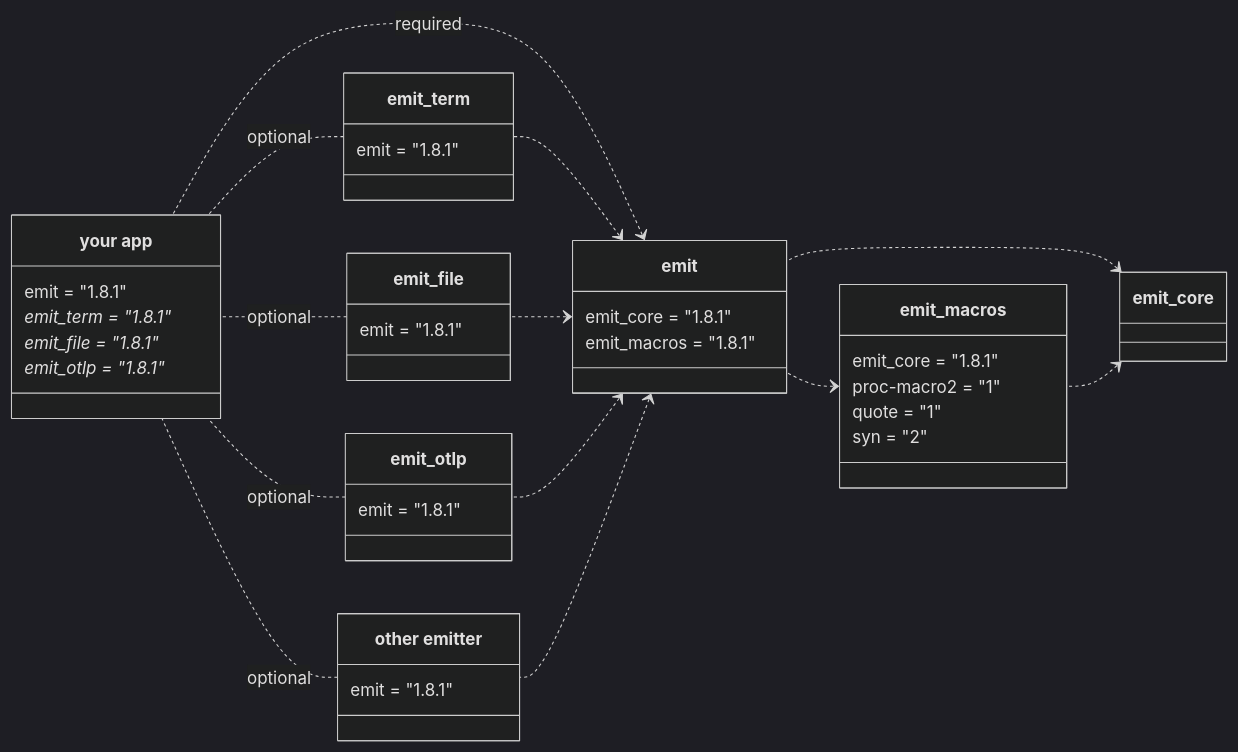
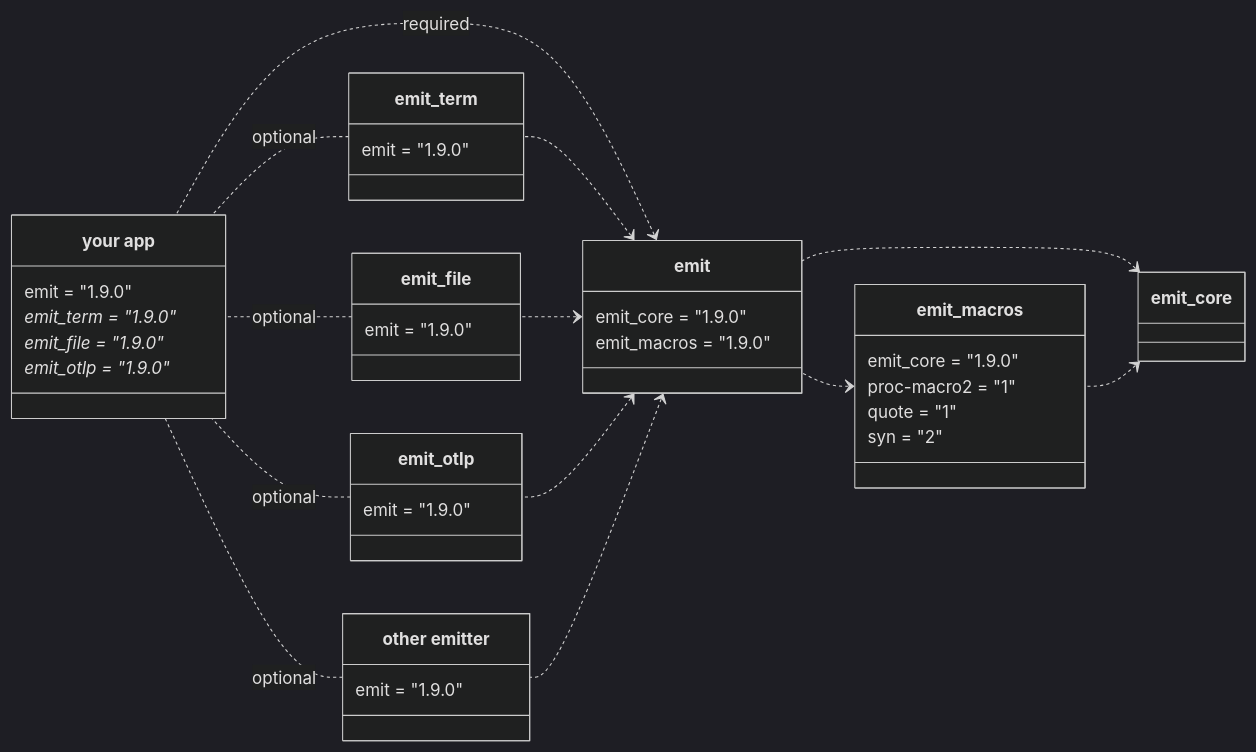
Before and after one commit to emit-rs/emit: the first of 5 diagrams in book/src/reference/architecture.md, drawn with Mermaid (dark theme). The commit also changed other lines of this file and 62 other files, not shown here.

````diff
--- a/book/src/reference/architecture.md
+++ b/book/src/reference/architecture.md
@@ -9,62 +9,62 @@
 ```mermaid
 classDiagram
     direction RL
     
     emit_core <.. emit_macros
     emit_core <.. emit
     emit_macros <.. emit
 
     class emit_macros {
-        emit_core = "1.8.1"
+        emit_core = "1.9.0"
         proc-macro2 = "1"
         quote = "1"
         syn = "2"
     }
 
     emit <.. emit_term
     emit <.. emit_file
     emit <.. emit_otlp
     emit <.. emit_custom
 
     emit <.. app : required
 
     class emit {
-        emit_core = "1.8.1"
-        emit_macros = "1.8.1"
+        emit_core = "1.9.0"
+        emit_macros = "1.9.0"
     }
 
     emit_term .. app : optional
     emit_file .. app : optional
     emit_otlp .. app : optional
     emit_custom .. app : optional
 
     class emit_term {
-        emit = "1.8.1"
+        emit = "1.9.0"
     }
 
     class emit_file {
-        emit = "1.8.1"
+        emit = "1.9.0"
     }
 
     class emit_otlp {
-        emit = "1.8.1"
+        emit = "1.9.0"
     }
 
     class emit_custom["other emitter"] {
-        emit = "1.8.1"
+        emit = "1.9.0"
     }
 
     class app["your app"] {
-        emit = "1.8.1"
-        emit_term = "1.8.1"*
-        emit_file = "1.8.1"*
-        emit_otlp = "1.8.1"*
+        emit = "1.9.0"
+        emit_term = "1.9.0"*
+        emit_file = "1.9.0"*
+        emit_otlp = "1.9.0"*
     }
 
-    click emit_core href "https://docs.rs/emit_core/1.8.1/emit_core/index.html"
-    click emit_macros href "https://docs.rs/emit_macros/1.8.1/emit_macros/index.html"
-    click emit href "https://docs.rs/emit/1.8.1/emit/index.html"
-    click emit_term href "https://docs.rs/emit_term/1.8.1/emit_term/index.html"
-    click emit_file href "https://docs.rs/emit_file/1.8.1/emit_file/index.html"
-    click emit_otlp href "https://docs.rs/emit_otlp/1.8.1/emit_otlp/index.html"
+    click emit_core href "https://docs.rs/emit_core/1.9.0/emit_core/index.html"
+    click emit_macros href "https://docs.rs/emit_macros/1.9.0/emit_macros/index.html"
+    click emit href "https://docs.rs/emit/1.9.0/emit/index.html"
+    click emit_term href "https://docs.rs/emit_term/1.9.0/emit_term/index.html"
+    click emit_file href "https://docs.rs/emit_file/1.9.0/emit_file/index.html"
+    click emit_otlp href "https://docs.rs/emit_otlp/1.9.0/emit_otlp/index.html"
 ```
````
